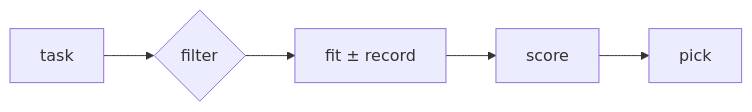
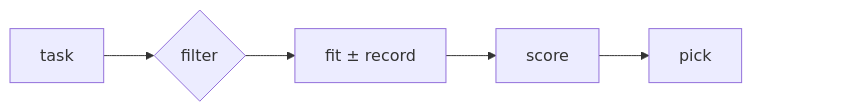
Before and after one commit to nourhelmi/agent-router: the diagram in README.md, drawn with Mermaid.

Commit message:
docs: keep GitHub's diagram controls off the last node

````diff
--- a/README.md
+++ b/README.md
@@ -78,7 +78,9 @@
 ```mermaid
 flowchart LR
     T["task"] --> E{"filter"}
     E --> J["fit ± record"]
     J --> U["score"]
     U --> P["pick"]
+    P ~~~ Z[" "]
+    style Z fill:none,stroke:none
 ```
````
